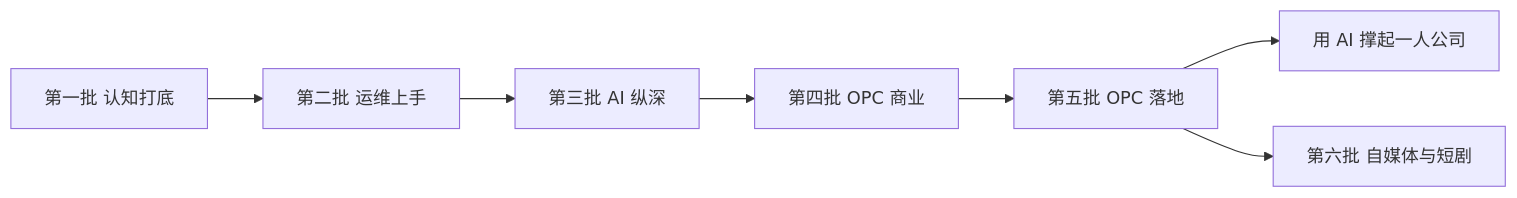
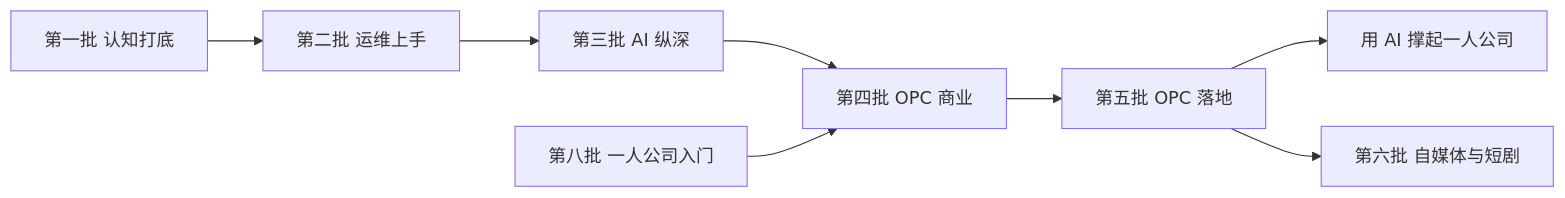
The diagram in books/reading-map/07-reading-paths.md (jarvis-pro/hatch-shelf), drawn with Mermaid before and after one commit. The commit also changed other lines of this file and 4 other files, not shown here.

Commit message:
content: 导读与 ROADMAP 加入第八批「一人公司入门」及职场员工入门路线

````diff
--- a/books/reading-map/07-reading-paths.md
+++ b/books/reading-map/07-reading-paths.md
@@ -7,9 +7,10 @@
 ```mermaid
 flowchart LR
   B1[第一批 认知打底] --> B2[第二批 运维上手]
   B2 --> B3[第三批 AI 纵深]
   B3 --> B4[第四批 OPC 商业]
   B4 --> B5[第五批 OPC 落地]
   B5 --> END[用 AI 撑起一人公司]
   B5 --> B6[第六批 自媒体与短剧]
+  B8[第八批 一人公司入门] --> B4
 ```
````
